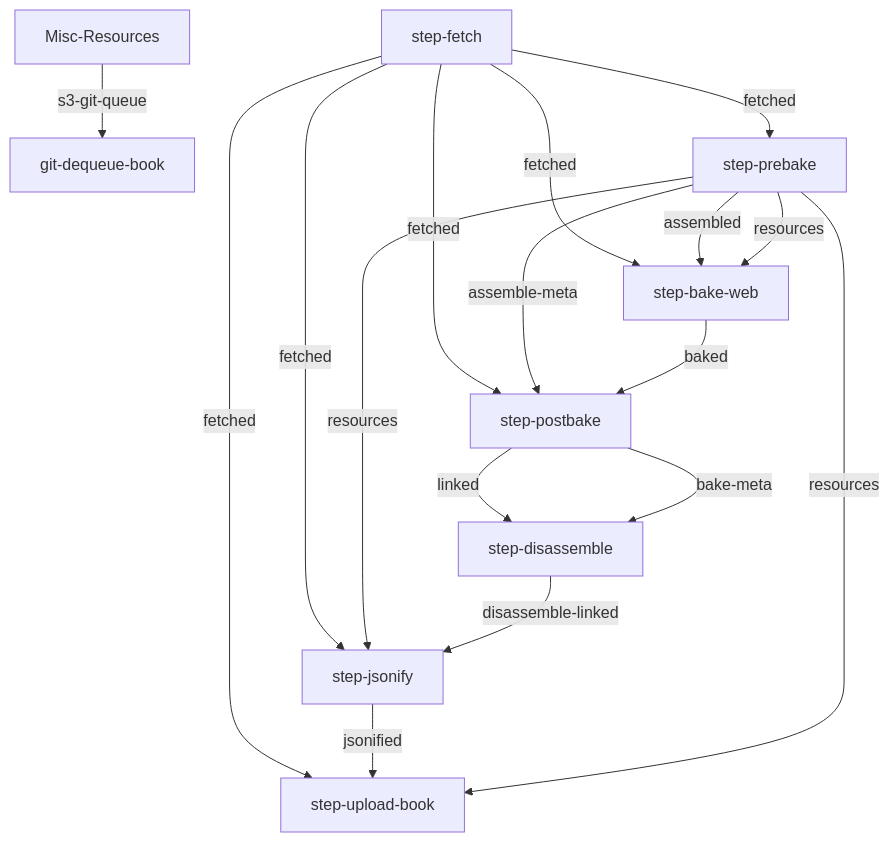
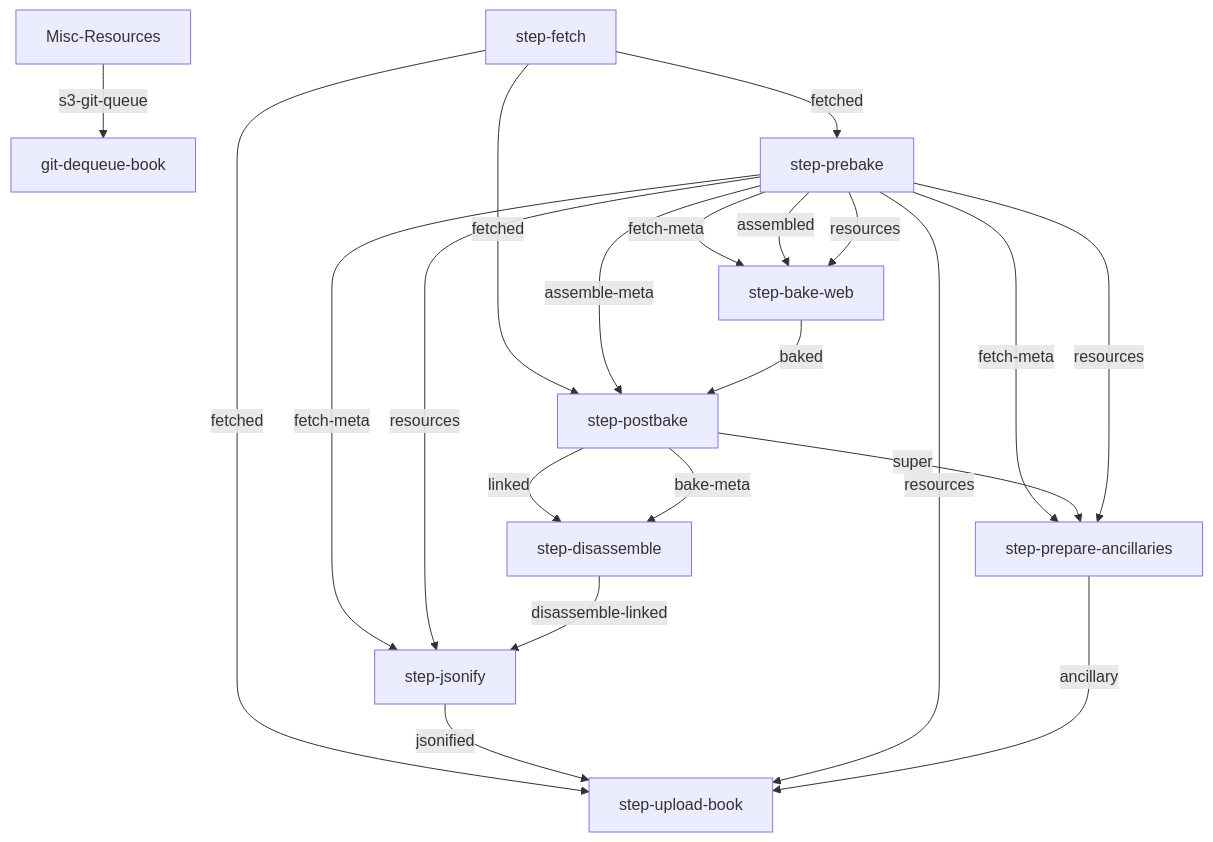
The second of 4 diagrams in build-concourse/graphs/README.md (openstax/enki), drawn with Mermaid before and after one commit. The commit also changed other lines of this file and 72 other files, not shown here.

````diff
--- a/build-concourse/graphs/README.md
+++ b/build-concourse/graphs/README.md
@@ -32,19 +32,23 @@
 ```mermaid
 graph TB
     Misc-Resources -- s3-git-queue --> git-dequeue-book
     step-fetch -- fetched --> step-prebake
-    step-fetch -- fetched --> step-bake-web
+    step-prebake -- fetch-meta --> step-bake-web
     step-prebake -- assembled --> step-bake-web
     step-prebake -- resources --> step-bake-web
     step-fetch -- fetched --> step-postbake
     step-prebake -- assemble-meta --> step-postbake
     step-bake-web -- baked --> step-postbake
+    step-prebake -- fetch-meta --> step-prepare-ancillaries
+    step-postbake -- super --> step-prepare-ancillaries
+    step-prebake -- resources --> step-prepare-ancillaries
     step-postbake -- linked --> step-disassemble
     step-postbake -- bake-meta --> step-disassemble
-    step-fetch -- fetched --> step-jsonify
+    step-prebake -- fetch-meta --> step-jsonify
     step-prebake -- resources --> step-jsonify
     step-disassemble -- disassemble-linked --> step-jsonify
     step-fetch -- fetched --> step-upload-book
     step-jsonify -- jsonified --> step-upload-book
     step-prebake -- resources --> step-upload-book
+    step-prepare-ancillaries -- ancillary --> step-upload-book
 ```
````
